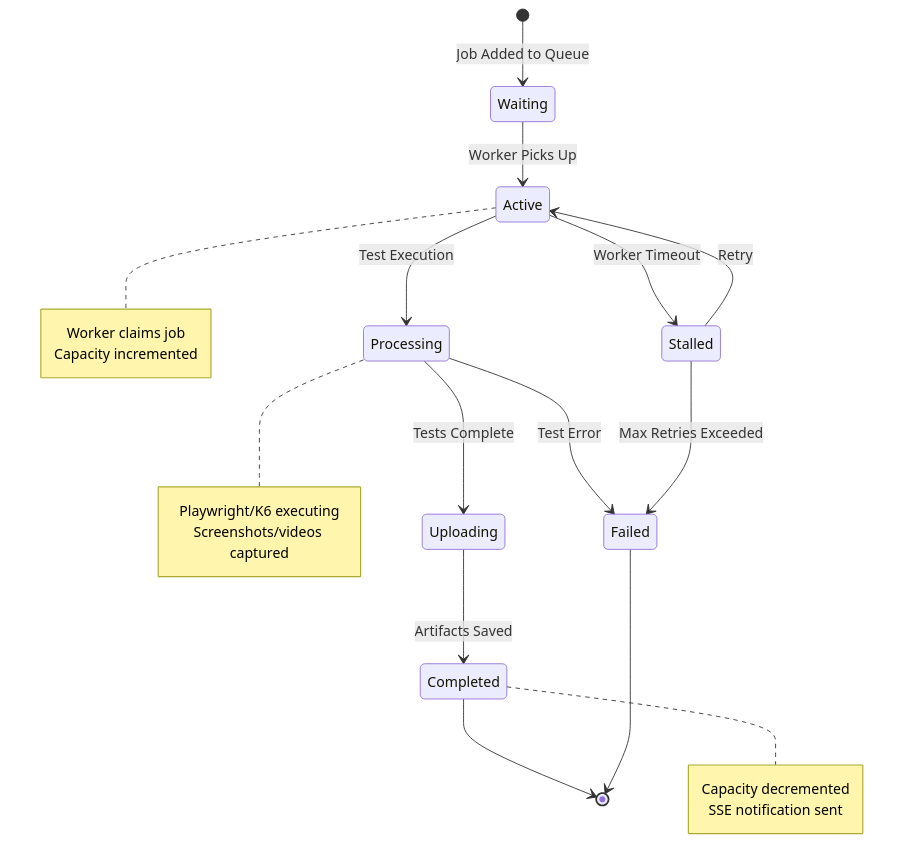
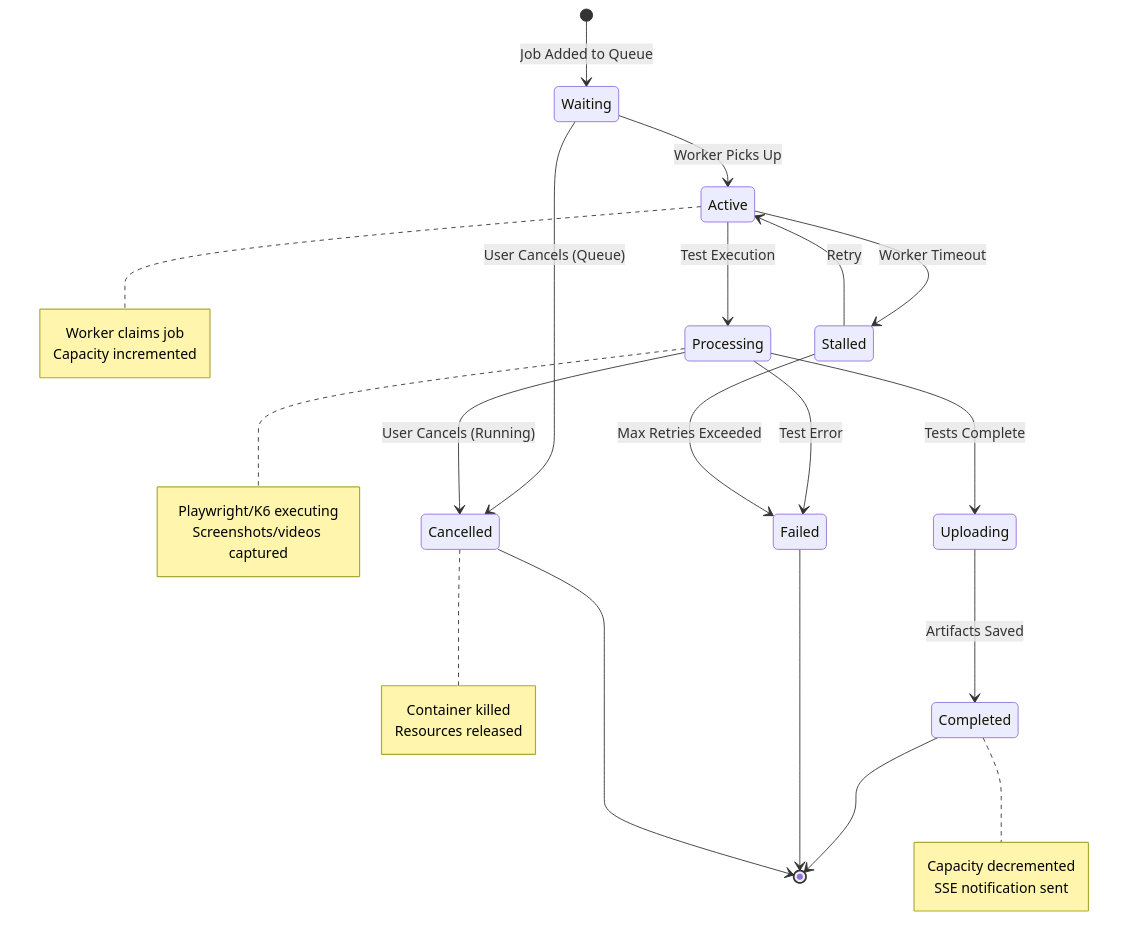
One commit to supercheck-io/supercheck changed the fourth of 25 diagrams in specs/03-execution/EXECUTION_SYSTEM.md. Above: the diagram before and after it, drawn with Mermaid. The commit also changed other lines of this file and 40 other files, not shown here.

````diff
--- a/specs/03-execution/EXECUTION_SYSTEM.md
+++ b/specs/03-execution/EXECUTION_SYSTEM.md
@@ -245,29 +245,37 @@
 ```mermaid
 stateDiagram-v2
     [*] --> Waiting: Job Added to Queue
     Waiting --> Active: Worker Picks Up
+    Waiting --> Cancelled: User Cancels (Queue)
     Active --> Processing: Test Execution
     Processing --> Uploading: Tests Complete
     Uploading --> Completed: Artifacts Saved
     Processing --> Failed: Test Error
+    Processing --> Cancelled: User Cancels (Running)
     Active --> Stalled: Worker Timeout
     Stalled --> Active: Retry
     Stalled --> Failed: Max Retries Exceeded
     Completed --> [*]
     Failed --> [*]
+    Cancelled --> [*]
 
     note right of Active
         Worker claims job
         Capacity incremented
     end note
 
     note right of Processing
         Playwright/K6 executing
         Screenshots/videos captured
     end note
 
     note right of Completed
         Capacity decremented
         SSE notification sent
     end note
+
+    note right of Cancelled
+        Container killed
+        Resources released
+    end note
 ```
````
